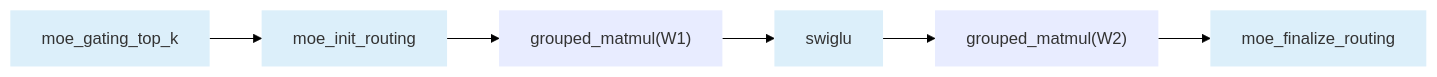
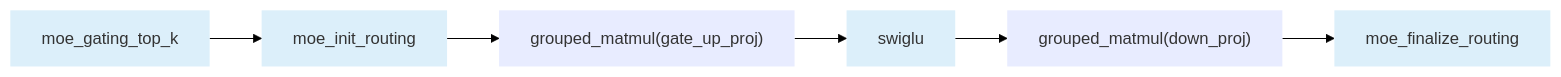
Before and after one commit to ChunnX/ops-transformer: the diagram in gmm/grouped_matmul/README.md, drawn with Mermaid. The commit also changed other lines of this file and 1 other file, not shown here.

Commit message:
review 修复

````diff
--- a/gmm/grouped_matmul/README.md
+++ b/gmm/grouped_matmul/README.md
@@ -14,15 +14,15 @@
 ```mermaid
 %%{init: {'theme': 'base', 'themeVariables': {'background': '#ffffff'}}}%%
 graph LR
     B["moe_gating_top_k"] --> C["moe_init_routing"]
-    C --> D["grouped_matmul(W1)"]
+    C --> D["grouped_matmul(gate_up_proj)"]
     D --> E["swiglu"]
-    E --> F["grouped_matmul(W2)"]
+    E --> F["grouped_matmul(down_proj)"]
     F --> G["moe_finalize_routing"]
 
     classDef gmm fill:#E8ECFF,stroke:none,color:#333;
     classDef other fill:#DCEFFA,stroke:none,color:#333;
 
     class D,F gmm;
     class B,C,E,G other;
 ```
````
